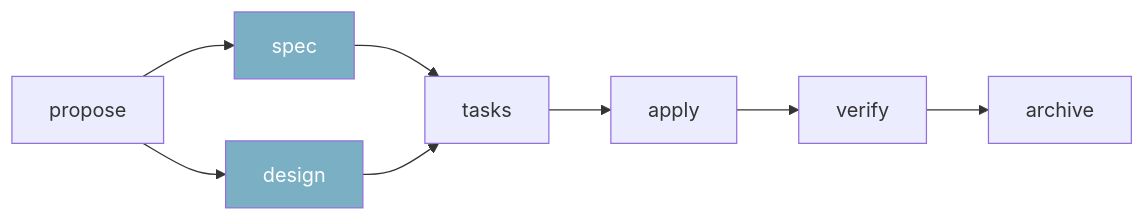
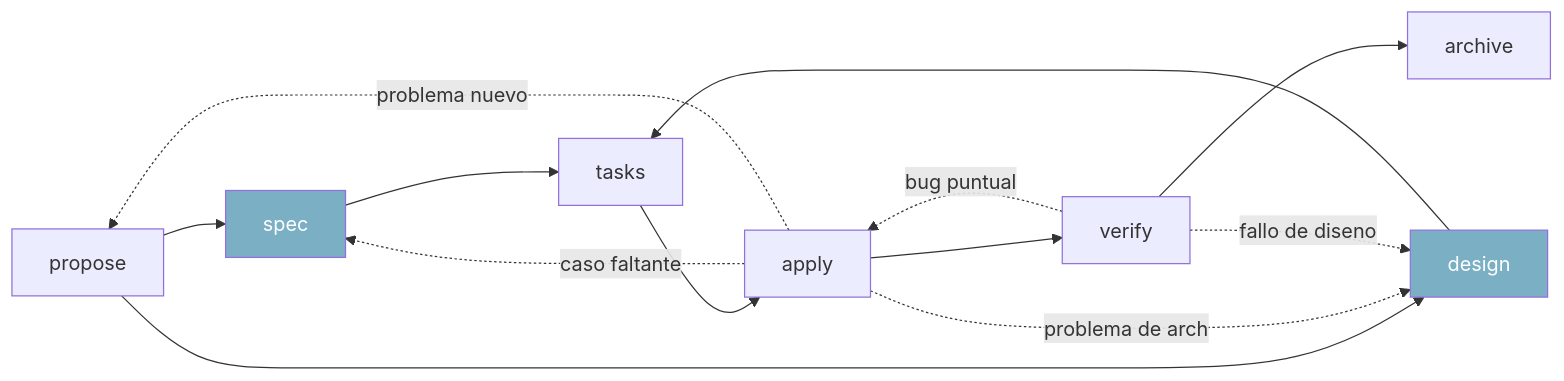
The fifth of 24 diagrams in docs/architecture/arquitectura-diagrama.md (jota-batuta/batuta-dots), drawn with Mermaid before and after one commit. The commit also changed other lines of this file and 11 other files, not shown here.

````diff
--- a/docs/architecture/arquitectura-diagrama.md
+++ b/docs/architecture/arquitectura-diagrama.md
@@ -177,13 +189,19 @@
 ```mermaid
 graph LR
     P[propose] --> S[spec]
     P --> D[design]
     S --> T[tasks]
     D --> T
     T --> A[apply]
     A --> V[verify]
     V --> AR[archive]
 
+    A -.->|"caso faltante"| S
+    A -.->|"problema de arch"| D
+    A -.->|"problema nuevo"| P
+    V -.->|"fallo de diseno"| D
+    V -.->|"bug puntual"| A
+
     style S fill:#7AAFC4,color:#fff
     style D fill:#7AAFC4,color:#fff
 ```
````
